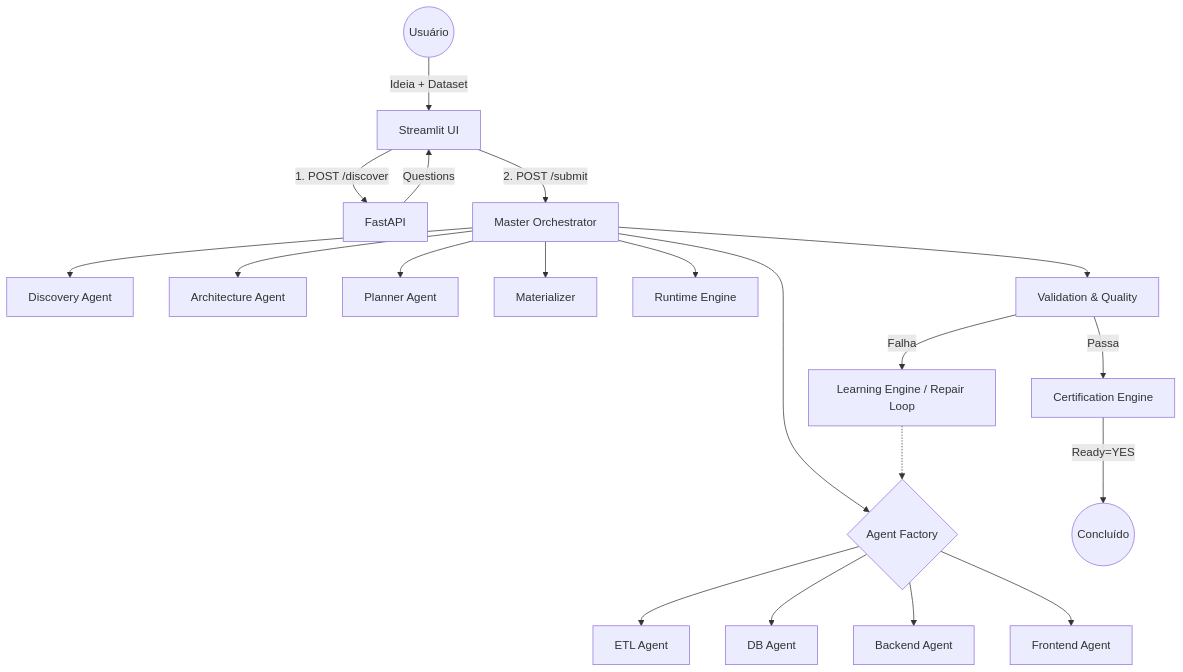
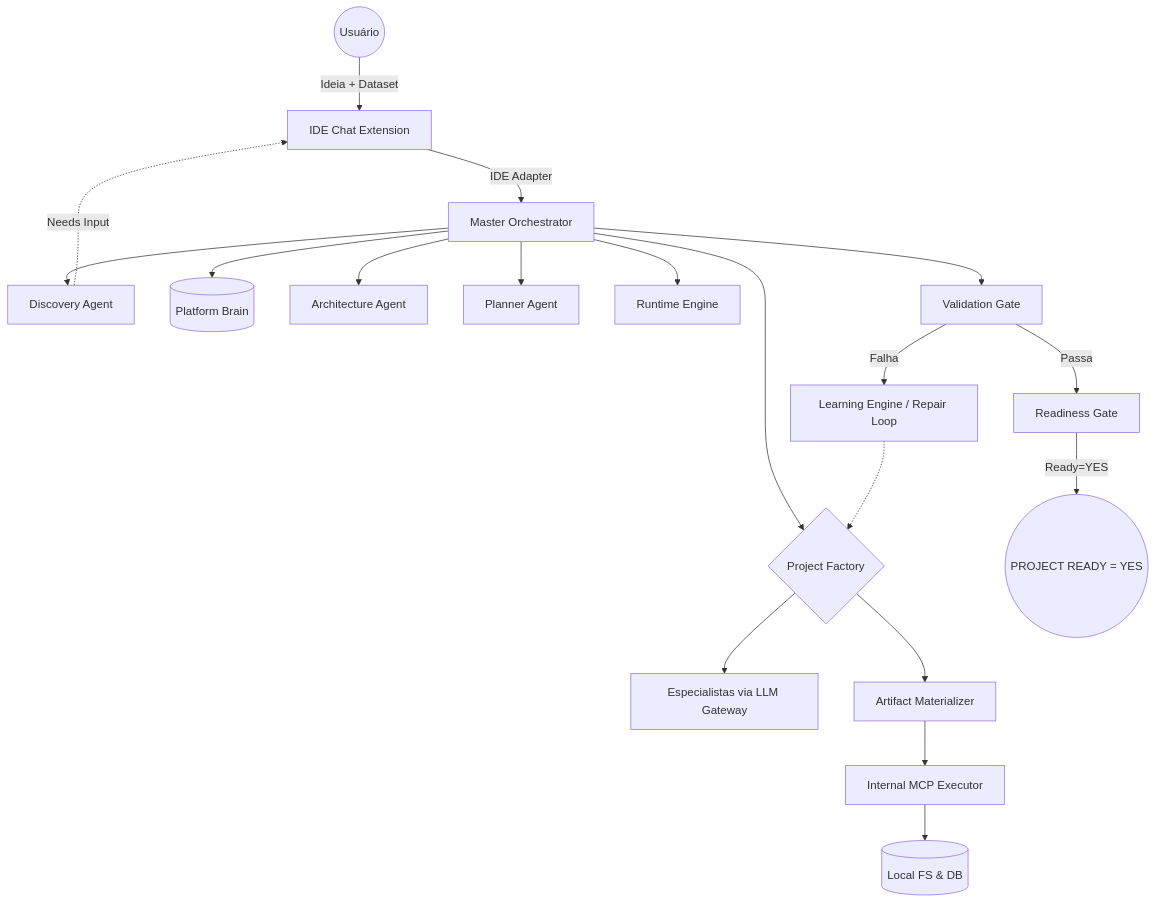
Before and after one commit to MayaraLonguinho/analytics_agents_factory: the diagram in README.md, drawn with Mermaid. The commit also changed other lines of this file and 5 other files, not shown here.

Commit message:
feat(e2e): enforce real runtime validation repair and readiness

````diff
--- a/README.md
+++ b/README.md
@@ -11,22 +11,21 @@
 ```mermaid
 graph TD;
-    User((Usuário)) -->|Ideia + Dataset| UI[Streamlit UI];
-    UI -->|1. POST /discover| API[FastAPI];
-    API -->|Questions| UI;
-    UI -->|2. POST /submit| Master[Master Orchestrator];
+    User((Usuário)) -->|Ideia + Dataset| IDE[IDE Chat Extension];
+    IDE -->|IDE Adapter| Master[Master Orchestrator];
     Master --> DA[Discovery Agent];
+    DA -.->|Needs Input| IDE;
+    Master --> Brain[(Platform Brain)];
     Master --> AA[Architecture Agent];
     Master --> PA[Planner Agent];
-    Master --> Factory{Agent Factory};
-    Factory --> ETL[ETL Agent];
-    Factory --> DB[DB Agent];
-    Factory --> BE[Backend Agent];
-    Factory --> FE[Frontend Agent];
-    Master --> MAT[Materializer];
+    Master --> Factory{Project Factory};
+    Factory --> Agents[Especialistas via LLM Gateway];
+    Factory --> MAT[Artifact Materializer];
+    MAT --> MCP[Internal MCP Executor];
+    MCP --> Disk[(Local FS & DB)];
     Master --> RE[Runtime Engine];
-    Master --> VG[Validation & Quality];
+    Master --> VG[Validation Gate];
     VG -->|Falha| Learning[Learning Engine / Repair Loop];
     Learning -.-> Factory;
-    VG -->|Passa| Cert[Certification Engine];
-    Cert -->|Ready=YES| Fim((Concluído));
+    VG -->|Passa| Cert[Readiness Gate];
+    Cert -->|Ready=YES| Fim((PROJECT READY = YES));
 ```
````
